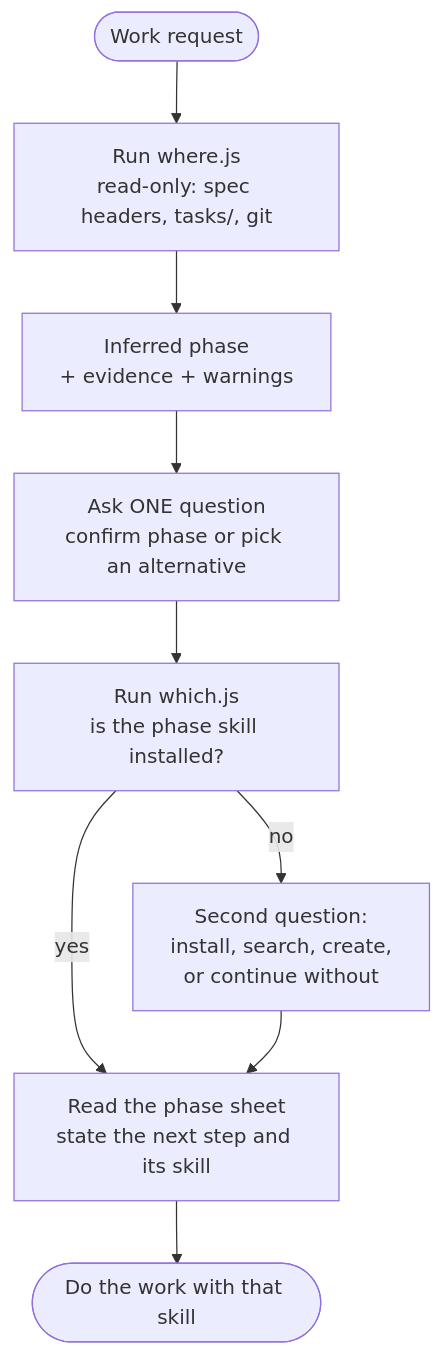
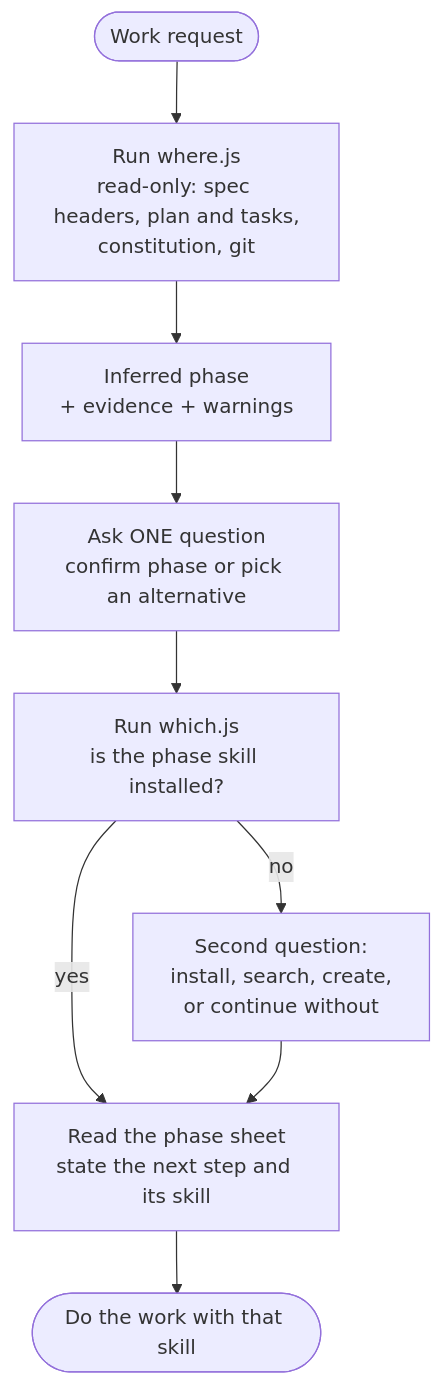
Before and after one commit to PapiScholz/SDLC-Assist: the third of 3 diagrams in docs/sdlc-flow.md, drawn with Mermaid. The commit also changed other lines of this file and 15 other files, not shown here.

````diff
--- a/docs/sdlc-flow.md
+++ b/docs/sdlc-flow.md
@@ -55,11 +61,11 @@
 ```mermaid
 flowchart TD
-    S([Work request]) --> W["Run where.js<br/>read-only: spec headers, tasks/, git"]
+    S([Work request]) --> W["Run where.js<br/>read-only: spec headers, plan and tasks,<br/>constitution, git"]
     W --> I["Inferred phase<br/>+ evidence + warnings"]
     I --> Q["Ask ONE question<br/>confirm phase or pick an alternative"]
     Q --> K["Run which.js<br/>is the phase skill installed?"]
     K -->|no| M["Second question:<br/>install, search, create,<br/>or continue without"]
     K -->|yes| N
     M --> N["Read the phase sheet<br/>state the next step and its skill"]
     N --> Z([Do the work with that skill])
 ```
````
